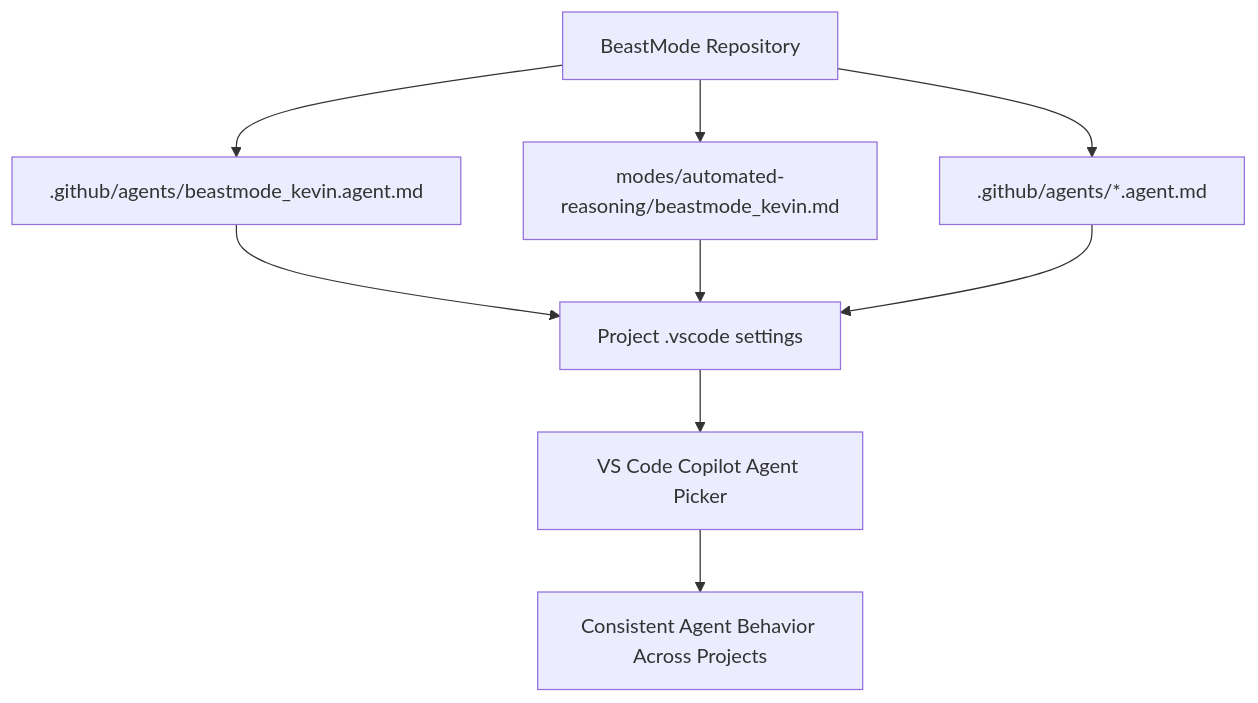
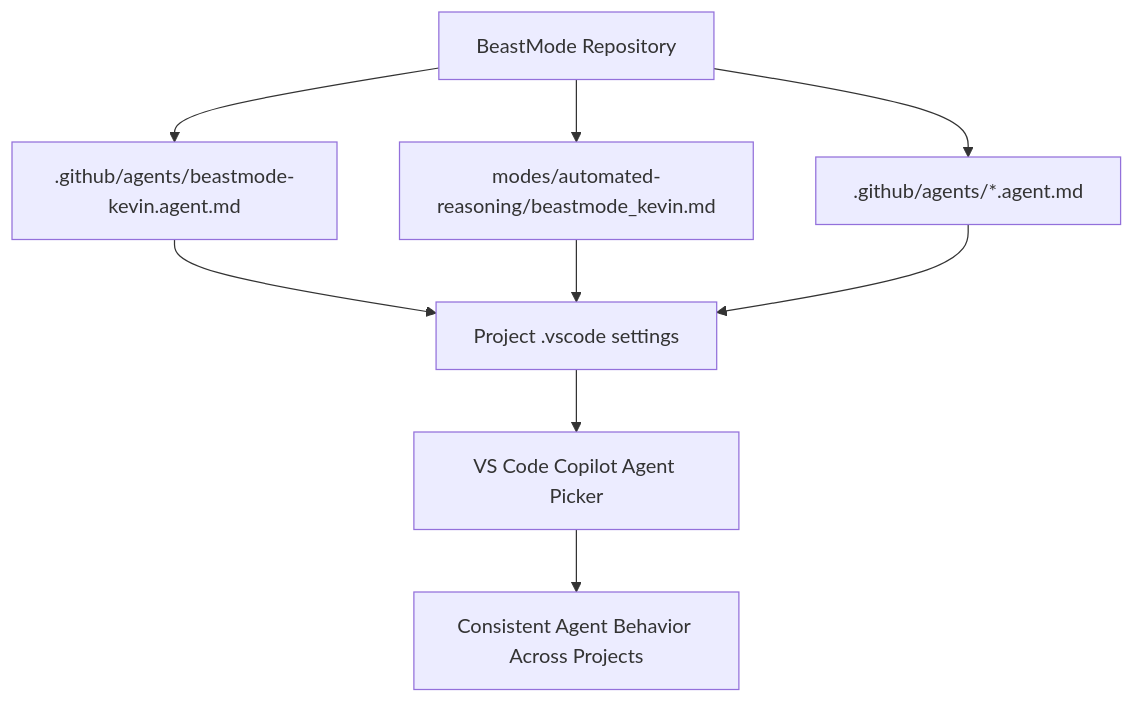
One commit to hkevin01/BeastMode changed the first of 4 diagrams in README.md. Above: the diagram before and after it, drawn with Mermaid. The commit also changed other lines of this file and 40 other files, not shown here.

````diff
--- a/README.md
+++ b/README.md
@@ -206,11 +233,11 @@
 ```mermaid
 flowchart TD
-  A[BeastMode Repository] --> B[.github/agents/beastmode_kevin.agent.md]
+  A[BeastMode Repository] --> B[.github/agents/beastmode-kevin.agent.md]
   A --> C[modes/automated-reasoning/beastmode_kevin.md]
   A --> D[.github/agents/*.agent.md]
   B --> E[Project .vscode settings]
   C --> E
   D --> E
   E --> F[VS Code Copilot Agent Picker]
   F --> G[Consistent Agent Behavior Across Projects]
 ```
````
